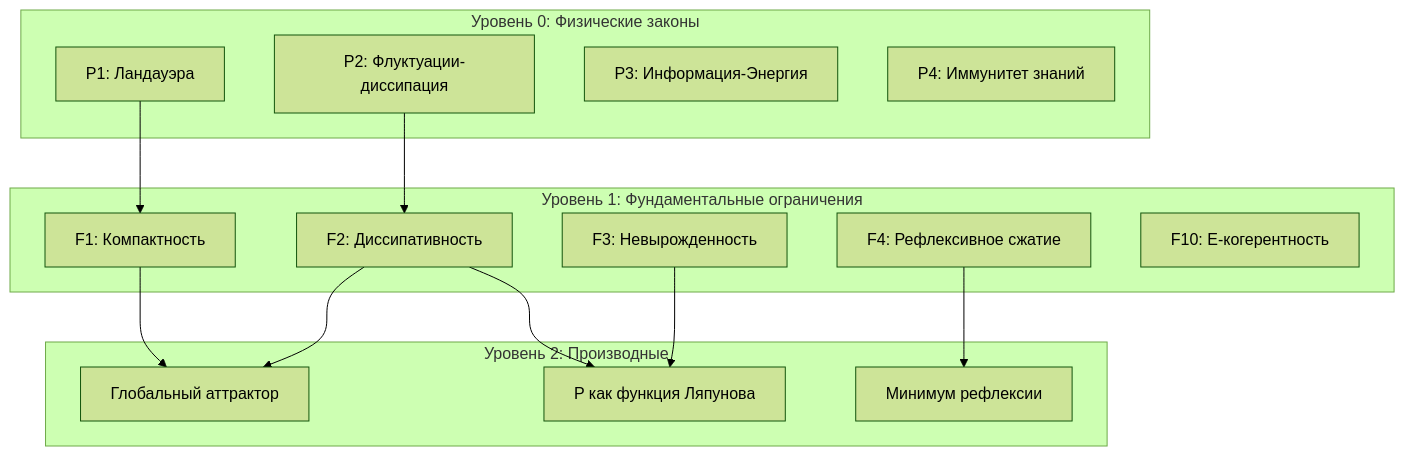
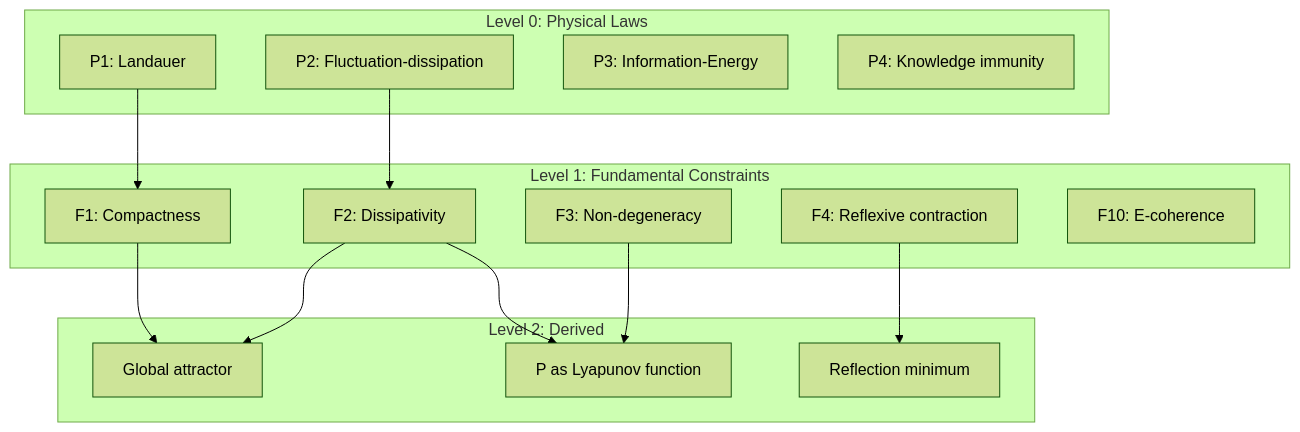
Before and after one commit to uhm-theory/holon: the diagram in website/docs/applied/coherence-cybernetics/research-programs.md, drawn with Mermaid (forest theme). The commit also changed other lines of this file and 28 other files, not shown here.

````diff
--- a/website/docs/applied/coherence-cybernetics/research-programs.md
+++ b/website/docs/applied/coherence-cybernetics/research-programs.md
@@ -71,28 +71,28 @@
 ```mermaid
 graph TD
-    subgraph "Уровень 0: Физические законы"
-        P1[P1: Ландауэра]
-        P2[P2: Флуктуации-диссипация]
-        P3[P3: Информация-Энергия]
-        P4[P4: Иммунитет знаний]
+    subgraph "Level 0: Physical Laws"
+        P1[P1: Landauer]
+        P2[P2: Fluctuation-dissipation]
+        P3[P3: Information-Energy]
+        P4[P4: Knowledge immunity]
     end
-    subgraph "Уровень 1: Фундаментальные ограничения"
-        F1[F1: Компактность]
-        F2[F2: Диссипативность]
-        F3[F3: Невырожденность]
-        F4[F4: Рефлексивное сжатие]
-        F10[F10: E-когерентность]
+    subgraph "Level 1: Fundamental Constraints"
+        F1[F1: Compactness]
+        F2[F2: Dissipativity]
+        F3[F3: Non-degeneracy]
+        F4[F4: Reflexive contraction]
+        F10[F10: E-coherence]
     end
-    subgraph "Уровень 2: Производные"
-        D1[Глобальный аттрактор]
-        D2[P как функция Ляпунова]
-        D3[Минимум рефлексии]
+    subgraph "Level 2: Derived"
+        D1[Global attractor]
+        D2[P as Lyapunov function]
+        D3[Reflection minimum]
     end
     P1 --> F1
     P2 --> F2
     F1 --> D1
     F2 --> D1
     F2 --> D2
     F3 --> D2
     F4 --> D3
 ```
````
